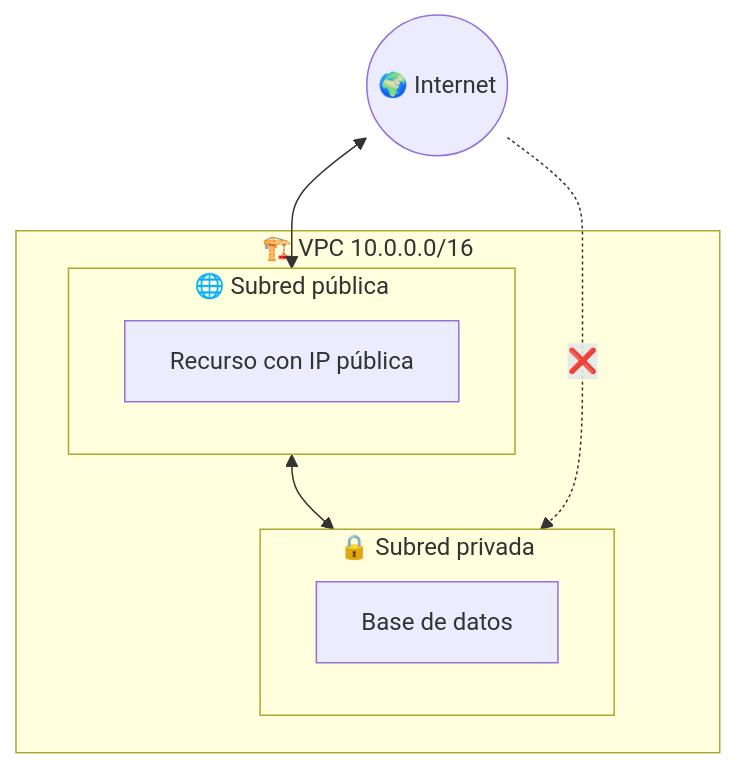
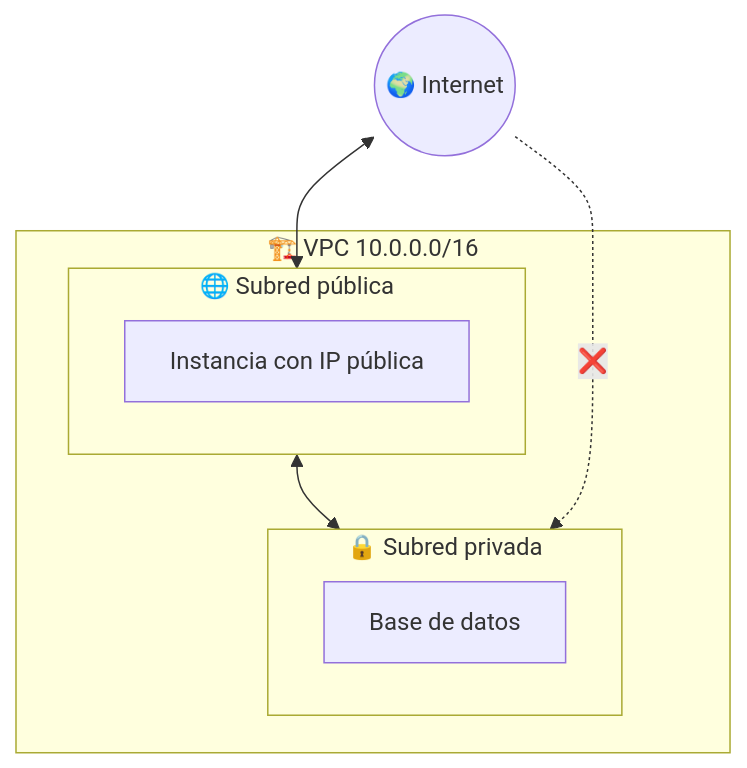
The first of 2 diagrams in docs/tema2/vpc-diseno.md (aitorventura/introduccion-nube), drawn with Mermaid before and after one commit. The commit also changed other lines of this file and 28 other files, not shown here.

````diff
--- a/docs/tema2/vpc-diseno.md
+++ b/docs/tema2/vpc-diseno.md
@@ -43,14 +45,14 @@
 ```mermaid
 flowchart TB
     subgraph VPC["🏗️ VPC 10.0.0.0/16"]
         subgraph Pub["🌐 Subred pública"]
-            EC2["Recurso con IP pública"]
+            EC2["Instancia con IP pública"]
         end
         subgraph Priv["🔒 Subred privada"]
             DB["Base de datos"]
         end
     end
     Internet(("🌍 Internet")) <--> Pub
     Pub <--> Priv
     Internet -.->|❌| Priv
 ```
````
